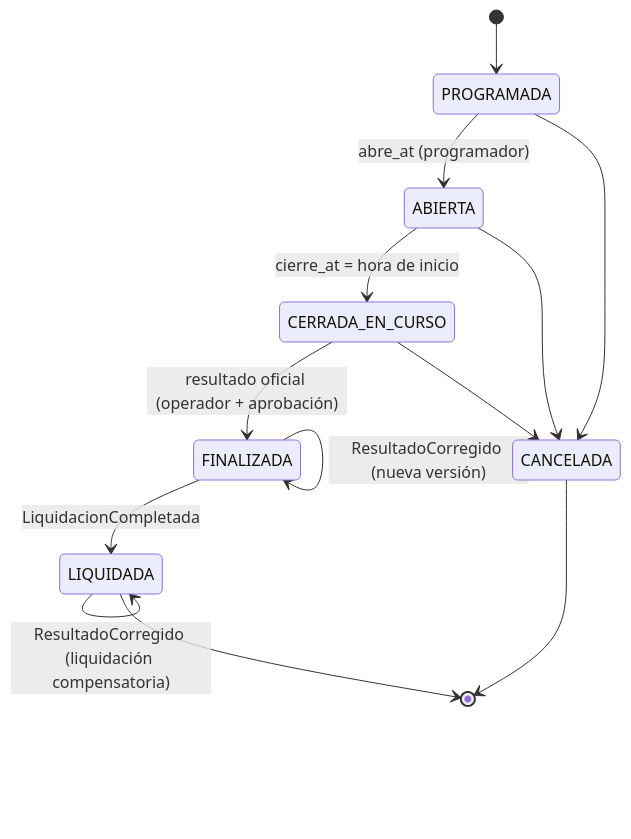
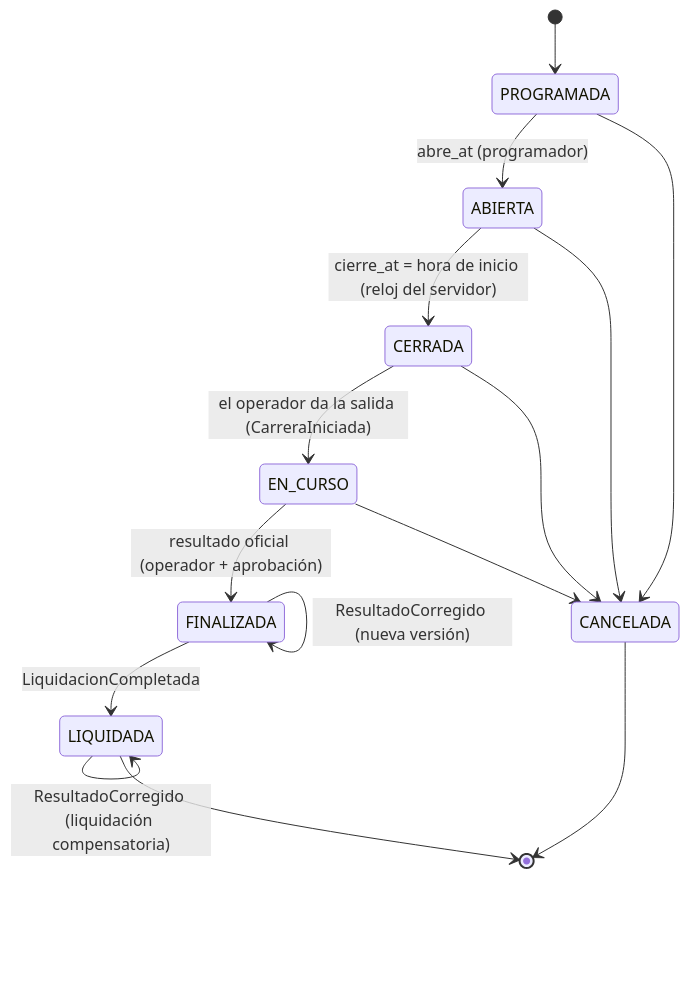
One commit to Bostjansito/Final-Implementacion changed the second of 2 diagrams in parte1-arquitectura/10-datos-y-consistencia.md. Above: the diagram before and after it, drawn with Mermaid. The commit also changed 3 other files, not shown here.

First line of the commit message:
Parte 1: ciclo de vida de la carrera con los 6 estados del enunciado

````diff
--- a/parte1-arquitectura/10-datos-y-consistencia.md
+++ b/parte1-arquitectura/10-datos-y-consistencia.md
@@ -122,15 +122,17 @@
 ```mermaid
 stateDiagram-v2
     [*] --> PROGRAMADA
     PROGRAMADA --> ABIERTA: abre_at (programador)
-    ABIERTA --> CERRADA_EN_CURSO: cierre_at = hora de inicio
-    CERRADA_EN_CURSO --> FINALIZADA: resultado oficial (operador + aprobación)
+    ABIERTA --> CERRADA: cierre_at = hora de inicio (reloj del servidor)
+    CERRADA --> EN_CURSO: el operador da la salida (CarreraIniciada)
+    EN_CURSO --> FINALIZADA: resultado oficial (operador + aprobación)
     FINALIZADA --> LIQUIDADA: LiquidacionCompletada
     PROGRAMADA --> CANCELADA
     ABIERTA --> CANCELADA
-    CERRADA_EN_CURSO --> CANCELADA
+    CERRADA --> CANCELADA
+    EN_CURSO --> CANCELADA
     FINALIZADA --> FINALIZADA: ResultadoCorregido (nueva versión)
     LIQUIDADA --> LIQUIDADA: ResultadoCorregido (liquidación compensatoria)
     LIQUIDADA --> [*]
     CANCELADA --> [*]
 ```
````
